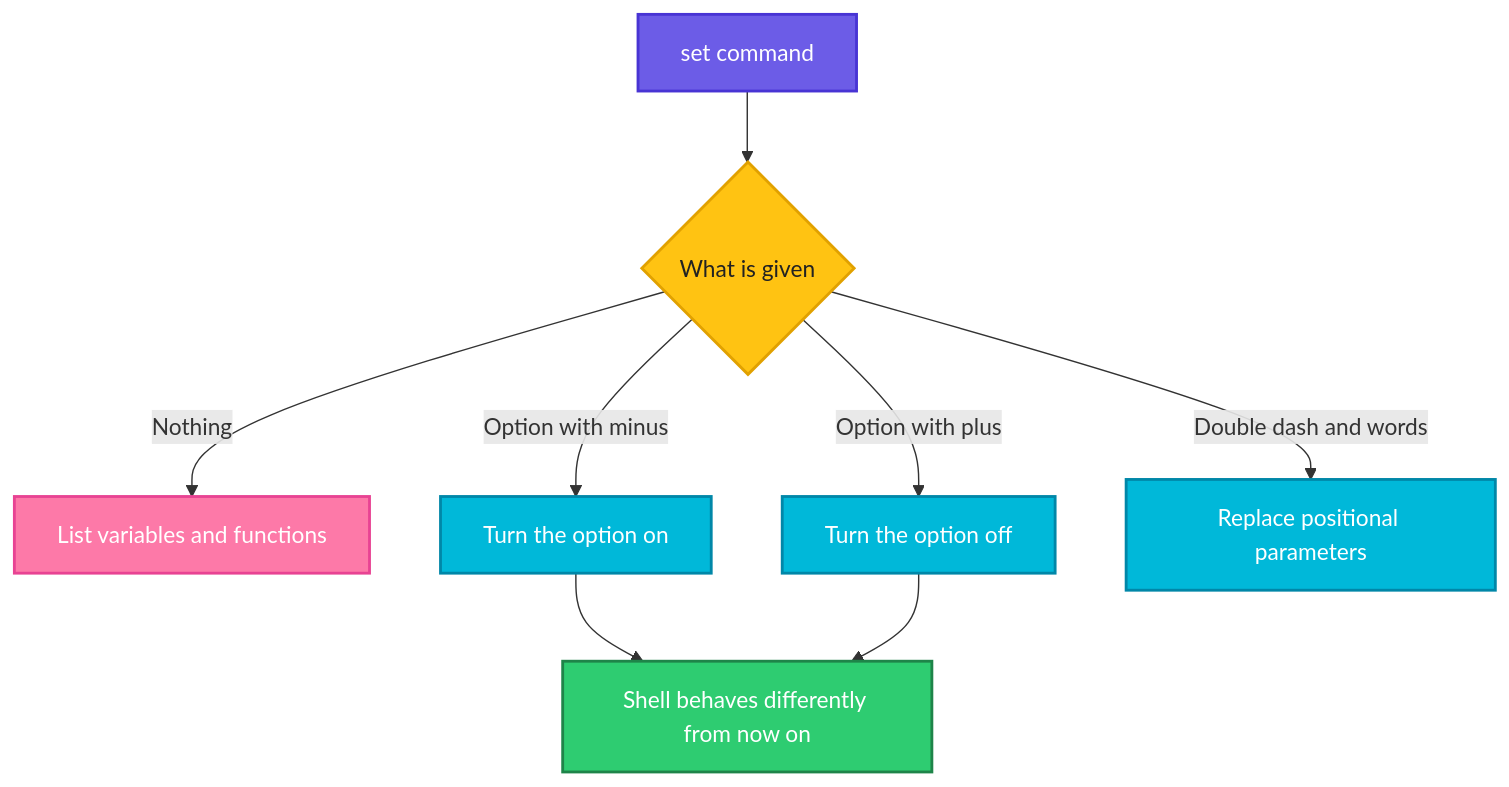
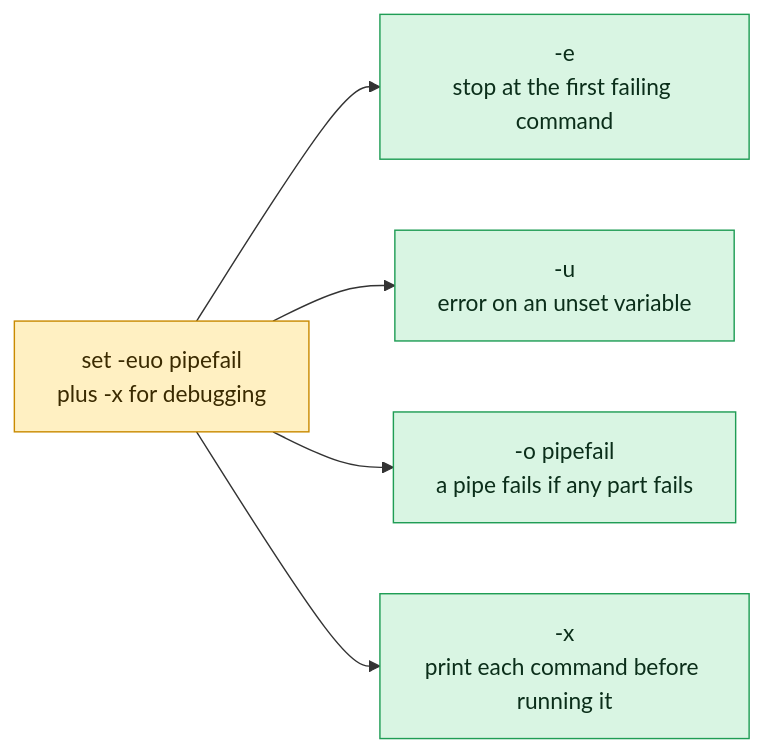
The diagram in linux/shell-basics/set.md (codeKerdosTech/DevOps-Documentation), drawn with Mermaid before and after one commit. The commit also changed other lines of this file and 165 other files, not shown here.

Commit message:
updated diagrams in linux

````diff
--- a/linux/shell-basics/set.md
+++ b/linux/shell-basics/set.md
@@ -17,22 +17,14 @@
 ```mermaid
-flowchart TD
-    A[set command] --> B{What is given}
-    B -->|Nothing| C[List variables and functions]
-    B -->|Option with minus| D[Turn the option on]
-    B -->|Option with plus| E[Turn the option off]
-    B -->|Double dash and words| F[Replace positional parameters]
-    D --> G[Shell behaves differently from now on]
-    E --> G
-    classDef start fill:#6C5CE7,stroke:#4834D4,stroke-width:2px,color:#fff
-    classDef proc fill:#00B8D9,stroke:#0087A8,stroke-width:2px,color:#fff
-    classDef dec fill:#FFC312,stroke:#E1A100,stroke-width:2px,color:#222
-    classDef ok fill:#2ECC71,stroke:#1E8449,stroke-width:2px,color:#fff
-    classDef err fill:#FF4757,stroke:#C0392B,stroke-width:2px,color:#fff
-    classDef out fill:#FD79A8,stroke:#E84393,stroke-width:2px,color:#fff
-    classDef alt fill:#FF9F43,stroke:#E67E22,stroke-width:2px,color:#fff
-    class A start
-    class B dec
-    class C out
-    class D,E,F proc
-    class G ok
+flowchart LR
+    c1[set -euo pipefail<br/>plus -x for debugging] --> o1[-e<br/>stop at the first failing command]
+    c1 --> o2[-u<br/>error on an unset variable]
+    c1 --> o3[-o pipefail<br/>a pipe fails if any part fails]
+    c1 --> o4[-x<br/>print each command before running it]
+    classDef inp fill:#DCEBFF,stroke:#2F6FDE,color:#10213F
+    classDef cmd fill:#FFF0C2,stroke:#C98A00,color:#3A2A00
+    classDef out fill:#D9F5E3,stroke:#1F9D55,color:#0B2E1A
+    classDef bad fill:#FDE0E0,stroke:#D13B3B,color:#4A0F0F
+    classDef note fill:#ECEFF3,stroke:#7B8794,color:#1F2933
+    class c1 cmd
+    class o1,o2,o3,o4 out
 ```
````
